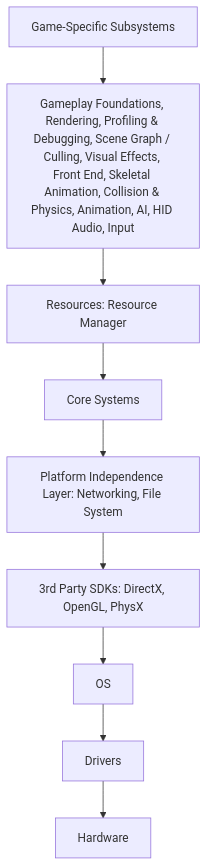
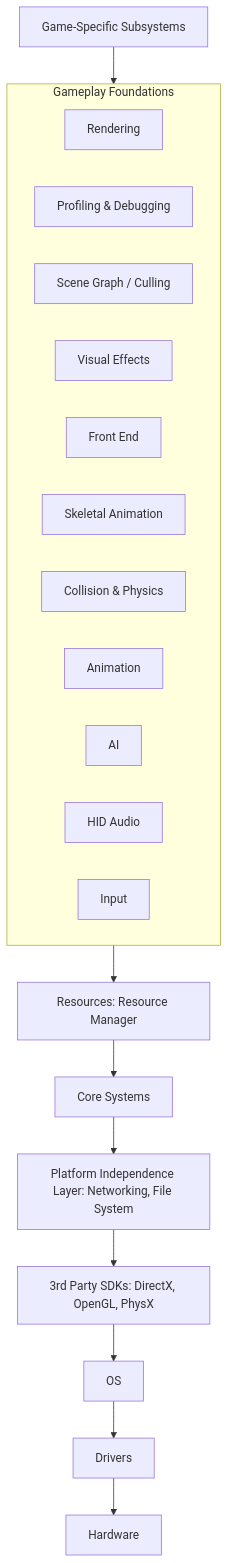
One commit to islamhaqq/UnrealEngineDeepDive changed the diagram in README.md. Above: the diagram before and after it, drawn with Mermaid.

````diff
--- a/README.md
+++ b/README.md
@@ -45,20 +45,32 @@
 ```mermaid
-flowchart TD;
+flowchart TD
     A[Game-Specific Subsystems]
-    B[Gameplay Foundations, Rendering, Profiling & Debugging, Scene Graph / Culling, Visual Effects, Front End, Skeletal Animation, Collision & Physics, Animation, AI, HID Audio, Input]
+    subgraph B[Gameplay Foundations]
+        B1[Rendering]
+        B2[Profiling & Debugging]
+        B3[Scene Graph / Culling]
+        B4[Visual Effects]
+        B5[Front End]
+        B6[Skeletal Animation]
+        B7[Collision & Physics]
+        B8[Animation]
+        B9[AI]
+        B10[HID Audio]
+        B11[Input]
+    end
     C[Resources: Resource Manager]
     D[Core Systems]
     E[Platform Independence Layer: Networking, File System]
     F[3rd Party SDKs: DirectX, OpenGL, PhysX]
     G[OS]
     H[Drivers]
     I[Hardware]
     A --> B
     B --> C
     C --> D
     D --> E
     E --> F
     F --> G
     G --> H
     H --> I
 ```
````
